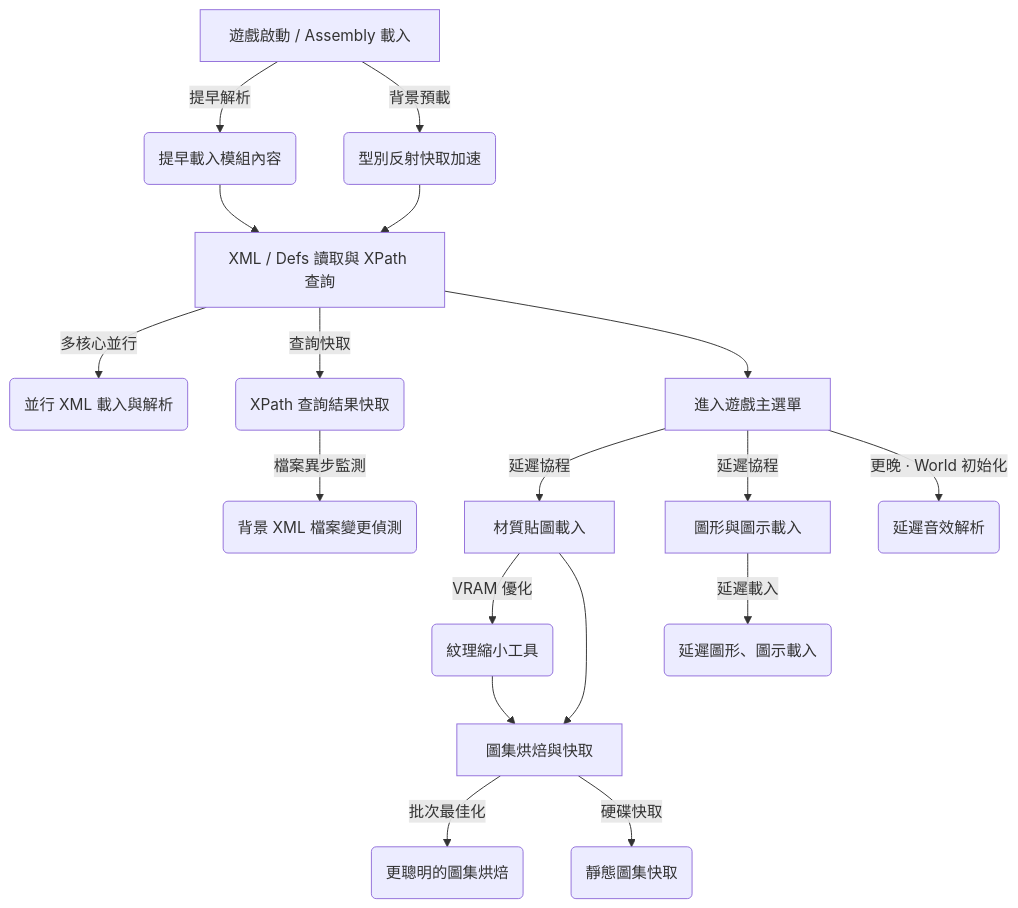
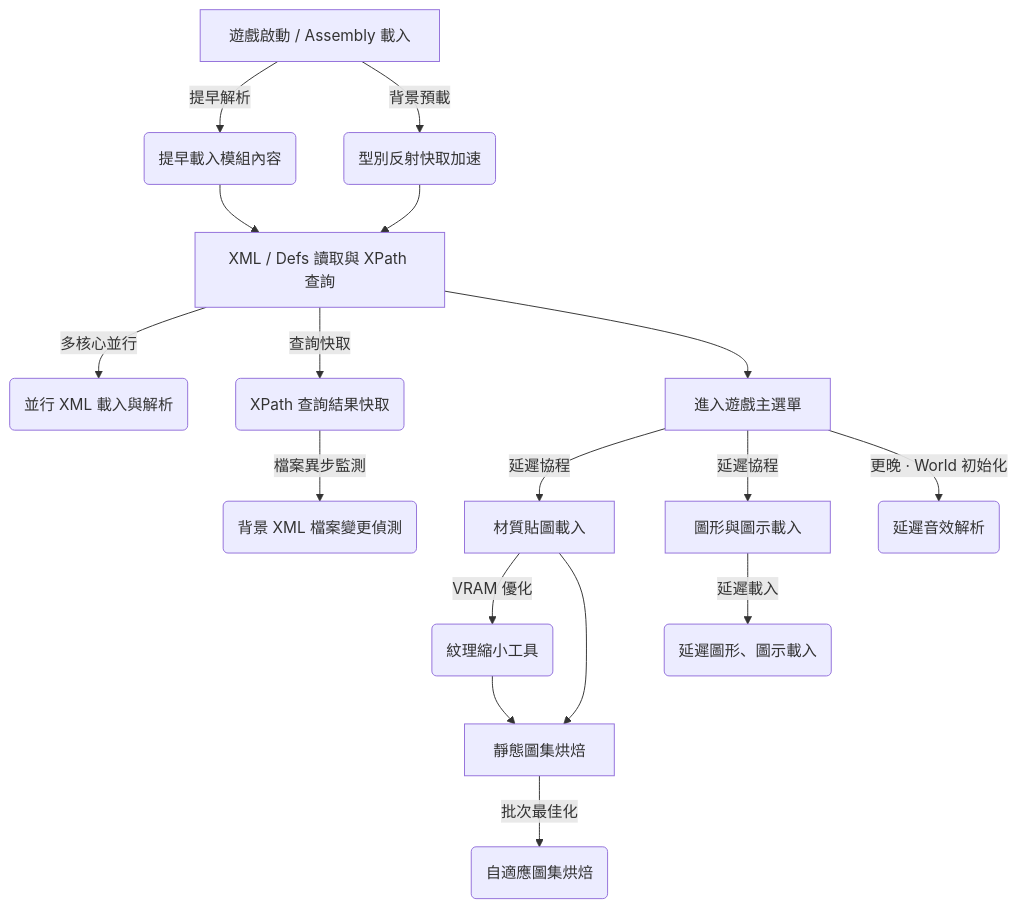
One commit to mushroomTW/FasterGameLoading---Continued changed the diagram in README.md. Above: the diagram before and after it, drawn with Mermaid. The commit also changed other lines of this file and 22 other files, not shown here.

First line of the commit message:
1.6.4850版本適配: 移除StaticTextureAtlas_ApplyTextureCompression_Patch 移除圖集快取功能 XML 並行載入同步原版規則，跳過 ._* 與 .* 隱藏 XML。 自適應圖集烘焙補回原版傷痕貼圖與 minified 物品圖集插入。 GenTypes.GetTypeInAnyAssemblyInt 快取鍵加入 namespaceIfAmbiguous，避免同名型別誤命中。

````diff
--- a/README.md
+++ b/README.md
@@ -13,22 +14,21 @@
 ```mermaid
 graph TD
     A[遊戲啟動 / Assembly 載入] -->|提早解析| C(提早載入模組內容)
     A -->|背景預載| R(型別反射快取加速)
     C --> D[XML / Defs 讀取與 XPath 查詢]
     R --> D
     D -->|多核心並行| E(並行 XML 載入與解析)
     D -->|查詢快取| F(XPath 查詢結果快取)
     F -->|檔案異步監測| G(背景 XML 檔案變更偵測)
     %% 關鍵：圖形、圖集、音效等工作被延遲，先讓主選單快速出現
     D --> O[進入遊戲主選單]
     %% 進入主選單後，PerformActions 協程才分幀執行以下延遲工作
     O -->|延遲協程| H[材質貼圖載入]
     H -->|VRAM 優化| K(紋理縮小工具)
-    H --> L[圖集烘焙與快取]
+    H --> L[靜態圖集烘焙]
     K --> L
-    L -->|批次最佳化| M(更聰明的圖集烘焙)
-    L -->|硬碟快取| N(靜態圖集快取)
+    L -->|批次最佳化| M(自適應圖集烘焙)
     O -->|延遲協程| P[圖形與圖示載入]
     P -->|延遲載入| Q(延遲圖形、圖示載入)
     O -->|更晚 · World 初始化| S(延遲音效解析)
 ```
````
